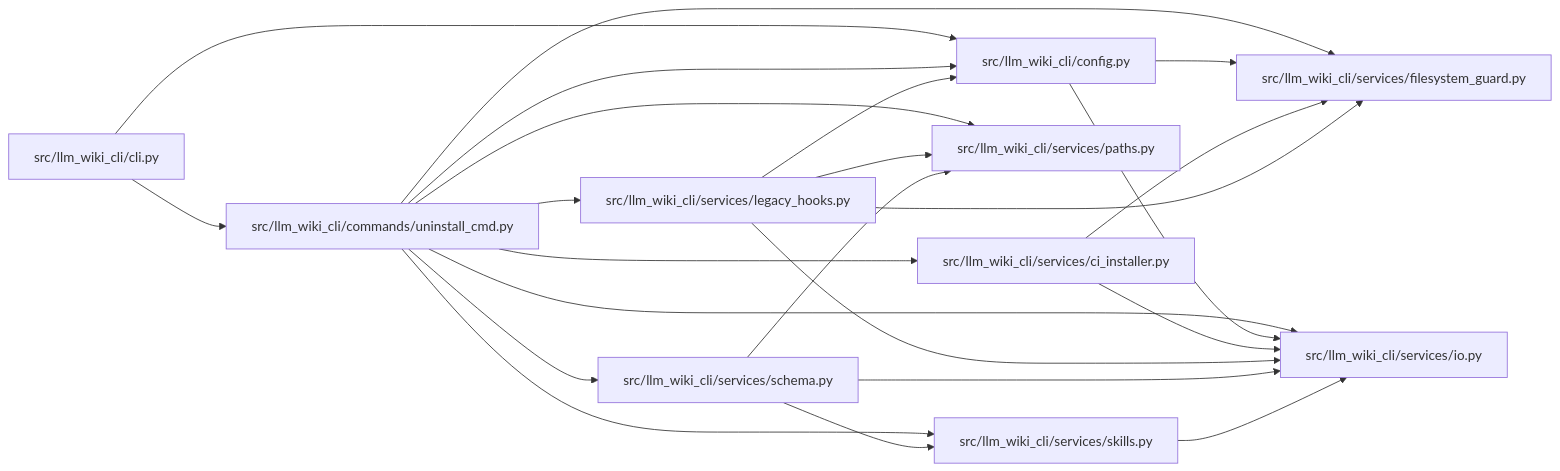
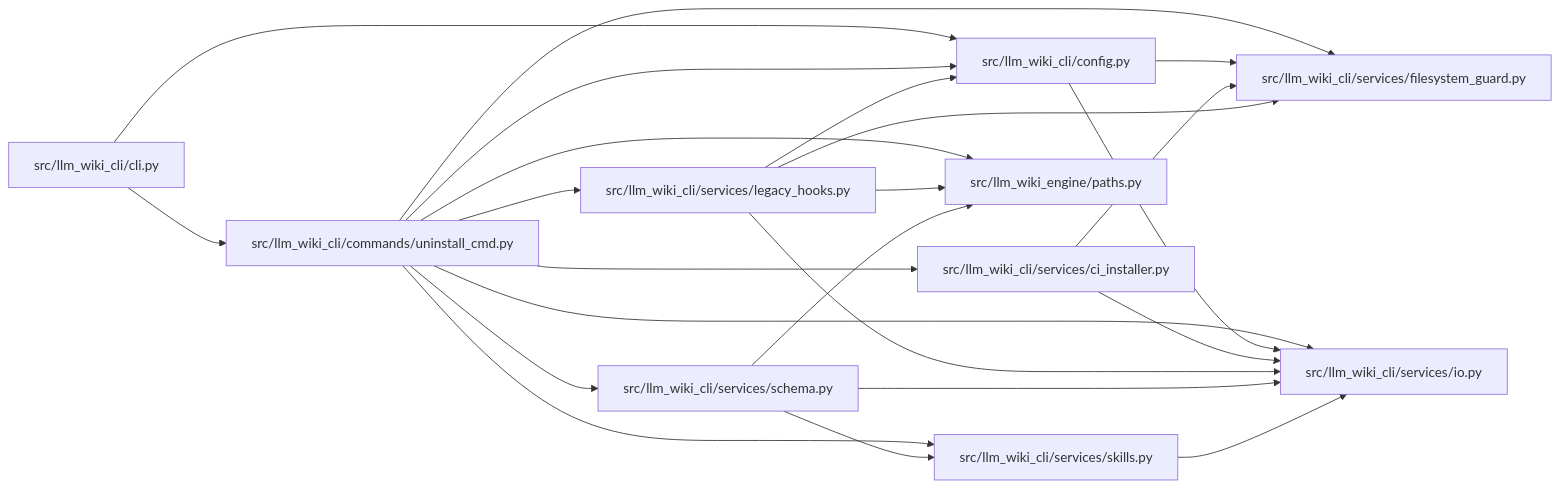
Before and after one commit to Denissvgn/python-wiki-llm: the diagram in docs/llm_wiki/modules/uninstall_cmd.md, drawn with Mermaid. The commit also changed other lines of this file and 1103 other files, not shown here.

First line of the commit message:
docs: refresh the wiki for the llm-wiki-engine distribution

````diff
--- a/docs/llm_wiki/modules/uninstall_cmd.md
+++ b/docs/llm_wiki/modules/uninstall_cmd.md
@@ -31,45 +31,45 @@
 ```mermaid
 flowchart LR
     n0["src/llm_wiki_cli/cli.py"]
     n1["src/llm_wiki_cli/commands/uninstall_cmd.py"]
     n2["src/llm_wiki_cli/config.py"]
     n3["src/llm_wiki_cli/services/ci_installer.py"]
     n4["src/llm_wiki_cli/services/filesystem_guard.py"]
     n5["src/llm_wiki_cli/services/io.py"]
     n6["src/llm_wiki_cli/services/legacy_hooks.py"]
-    n7["src/llm_wiki_cli/services/paths.py"]
-    n8["src/llm_wiki_cli/services/schema.py"]
-    n9["src/llm_wiki_cli/services/skills.py"]
+    n7["src/llm_wiki_cli/services/schema.py"]
+    n8["src/llm_wiki_cli/services/skills.py"]
+    n9["src/llm_wiki_engine/paths.py"]
     n0 --> n1
     n0 --> n2
     n1 --> n2
     n1 --> n3
     n1 --> n4
     n1 --> n5
     n1 --> n6
     n1 --> n7
     n1 --> n8
     n1 --> n9
     n2 --> n4
     n2 --> n5
     n3 --> n4
     n3 --> n5
     n6 --> n2
     n6 --> n4
     n6 --> n5
-    n6 --> n7
+    n6 --> n9
+    n7 --> n5
+    n7 --> n8
+    n7 --> n9
     n8 --> n5
-    n8 --> n7
-    n8 --> n9
-    n9 --> n5
     click n0 "../modules/cli.md"
     click n1 "../modules/uninstall_cmd.md"
     click n2 "../modules/config.md"
     click n3 "../modules/ci_installer.md"
     click n4 "../modules/filesystem_guard.md"
     click n5 "../modules/io.md"
     click n6 "../modules/legacy_hooks.md"
-    click n7 "../modules/paths.md"
-    click n8 "../modules/services_schema.md"
-    click n9 "../modules/skills.md"
+    click n7 "../modules/services_schema.md"
+    click n8 "../modules/skills.md"
+    click n9 "../modules/paths.md"
 ```
````
